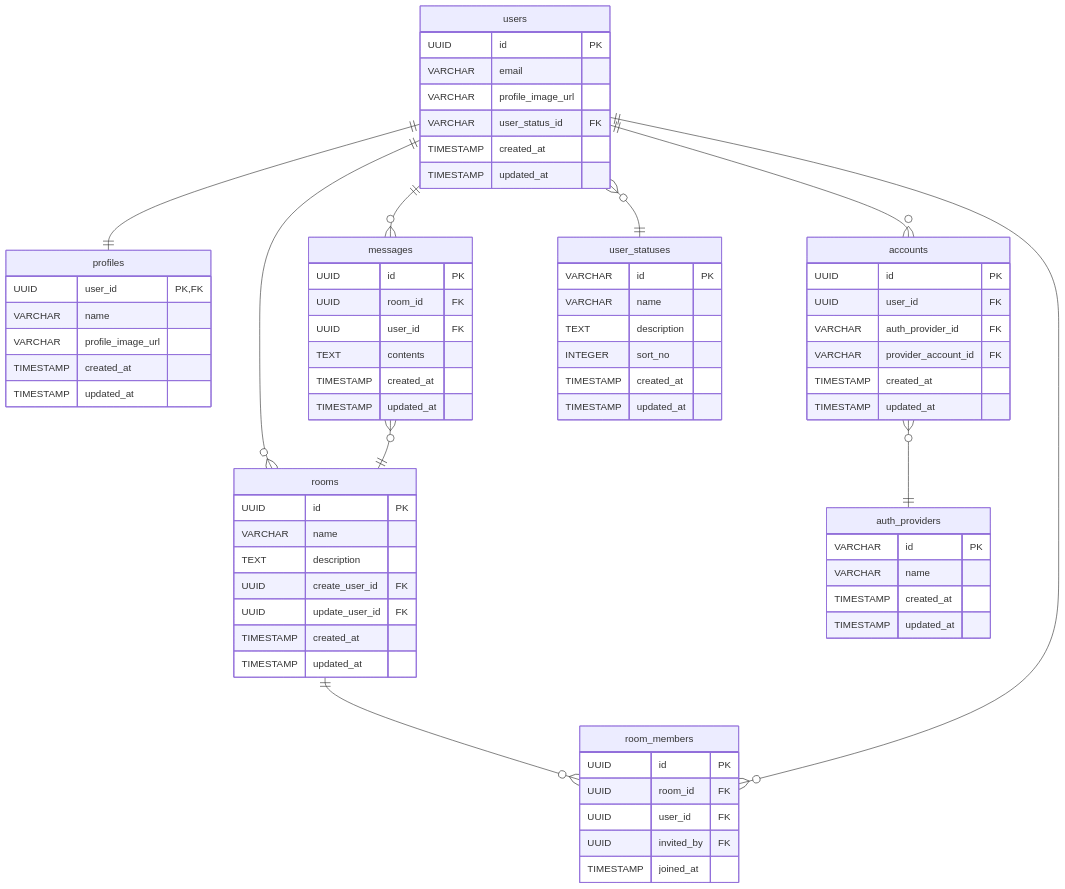
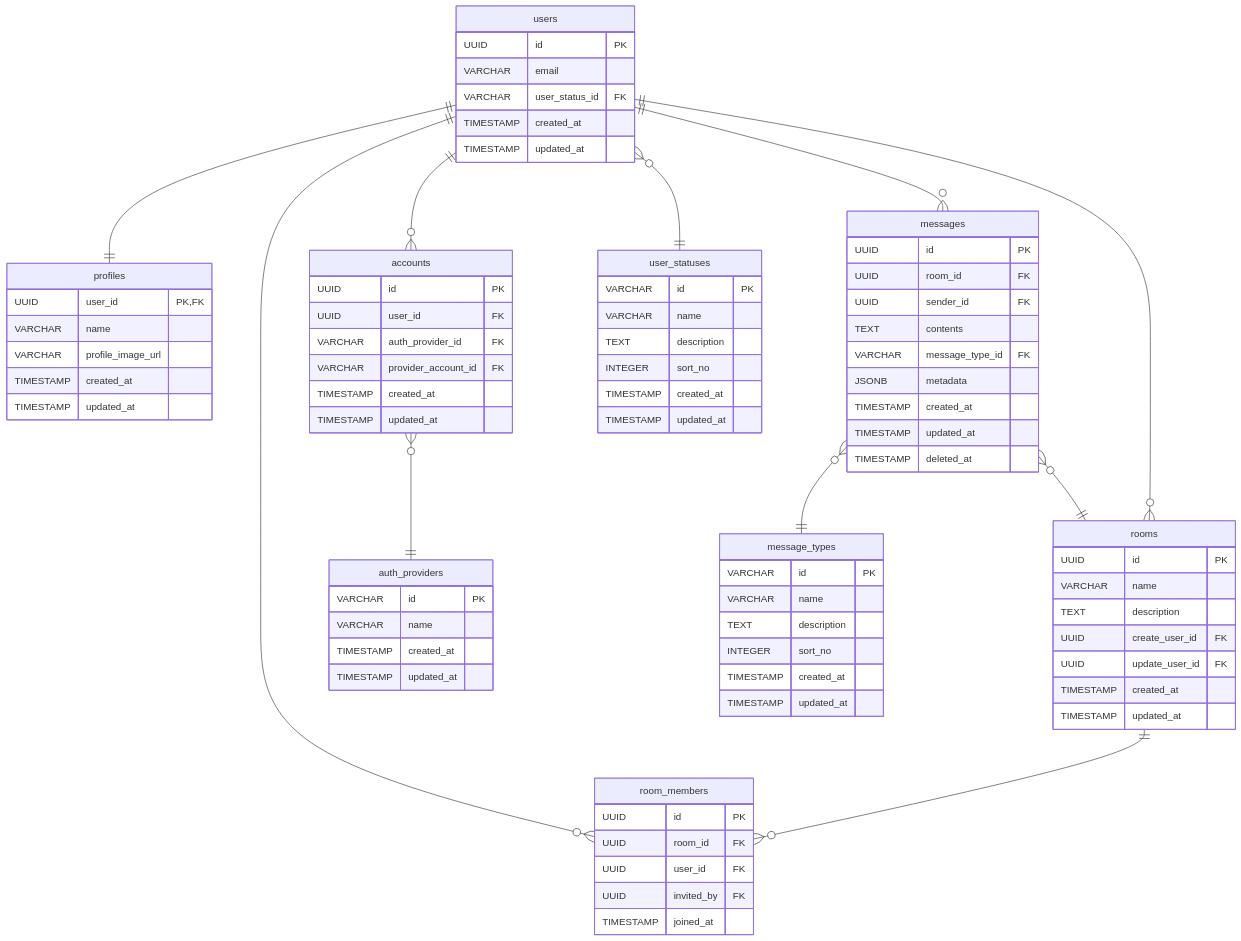
The diagram in docs/DB設計/DB設計.md (masuoka-hcompany/chat-app), drawn with Mermaid before and after one commit. The commit also changed other lines of this file and 1 other file, not shown here.

````diff
--- a/docs/DB設計/DB設計.md
+++ b/docs/DB設計/DB設計.md
@@ -145,13 +172,13 @@
   accounts 0+--1 auth_providers : ""
   users 0+--1 user_statuses : ""
   messages 0+--1 rooms : ""
+  messages 0+--1 message_types : ""
   rooms 1--0+ room_members : ""
   users 1--0+ room_members : ""
 
   users {
     UUID id PK
     VARCHAR email
-    VARCHAR profile_image_url
     VARCHAR user_status_id FK
     TIMESTAMP created_at
     TIMESTAMP updated_at
@@ -211,10 +238,21 @@
   messages {
     UUID id PK
     UUID room_id FK
-    UUID user_id FK
+    UUID sender_id FK
     TEXT contents
+    VARCHAR message_type_id FK
+    JSONB metadata
+    TIMESTAMP created_at
+    TIMESTAMP updated_at
+    TIMESTAMP deleted_at
+  }
+
+  message_types {
+    VARCHAR id PK
+    VARCHAR name
+    TEXT description
+    INTEGER sort_no
     TIMESTAMP created_at
     TIMESTAMP updated_at
   }
-
 ```
````
